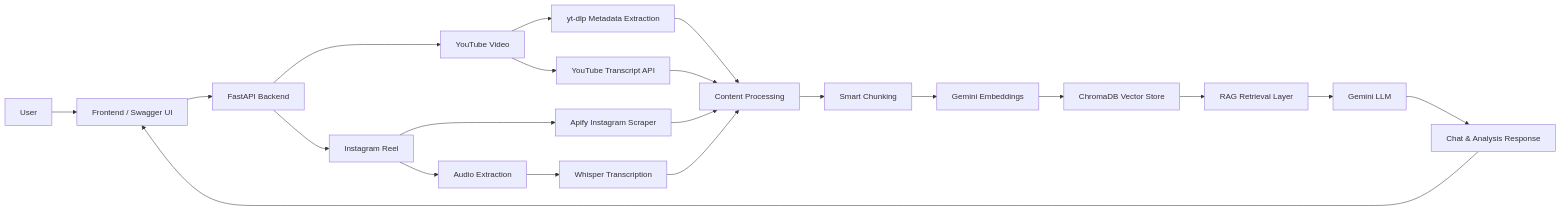
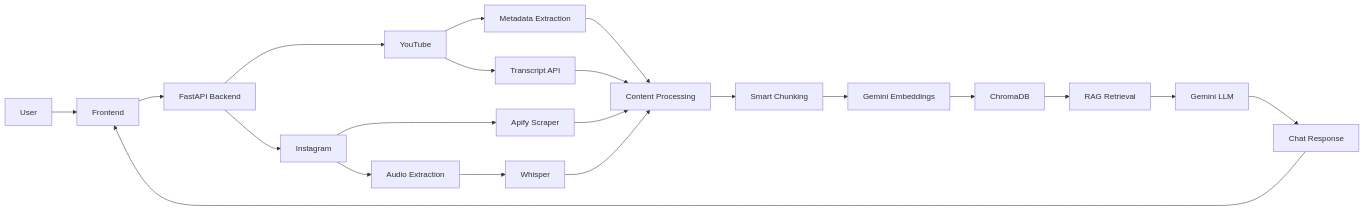
The diagram in README.md (asadshaikh-21/creatorjoy-rag), drawn with Mermaid before and after one commit. The commit also changed other lines of this file, not shown here.

Commit message:
docs: revamp README with updated architecture and workflow

````diff
--- a/README.md
+++ b/README.md
@@ -53,40 +74,38 @@
 ```mermaid
 flowchart LR
 
-    U[User] --> F[Frontend / Swagger UI]
+    U[User] --> F[Frontend]
 
     F --> API[FastAPI Backend]
 
-    API --> YT[YouTube Video]
-    API --> IG[Instagram Reel]
+    API --> YT[YouTube]
+    API --> IG[Instagram]
 
-    %% YouTube Pipeline
-    YT --> YT1[yt-dlp Metadata Extraction]
-    YT --> YT2[YouTube Transcript API]
+    YT --> YTM[Metadata Extraction]
+    YT --> YTT[Transcript API]
 
-    %% Instagram Pipeline
-    IG --> IG1[Apify Instagram Scraper]
-    IG --> IG2[Audio Extraction]
-    IG2 --> IG3[Whisper Transcription]
+    IG --> IGM[Apify Scraper]
+    IG --> IGA[Audio Extraction]
 
-    %% Merge Content
-    YT1 --> P[Content Processing]
-    YT2 --> P
+    IGA --> WH[Whisper]
 
-    IG1 --> P
-    IG3 --> P
+    YTM --> PROC[Content Processing]
+    YTT --> PROC
 
-    P --> C[Smart Chunking]
+    IGM --> PROC
+    WH --> PROC
 
-    C --> E[Gemini Embeddings]
+    PROC --> CHUNK[Smart Chunking]
 
-    E --> DB[ChromaDB Vector Store]
+    CHUNK --> EMBED[Gemini Embeddings]
 
-    DB --> RAG[RAG Retrieval Layer]
+    EMBED --> DB[ChromaDB]
+
+    DB --> RAG[RAG Retrieval]
 
     RAG --> LLM[Gemini LLM]
 
-    LLM --> CHAT[Chat & Analysis Response]
+    LLM --> RESP[Chat Response]
 
-    CHAT --> F
+    RESP --> F
 ```
````
